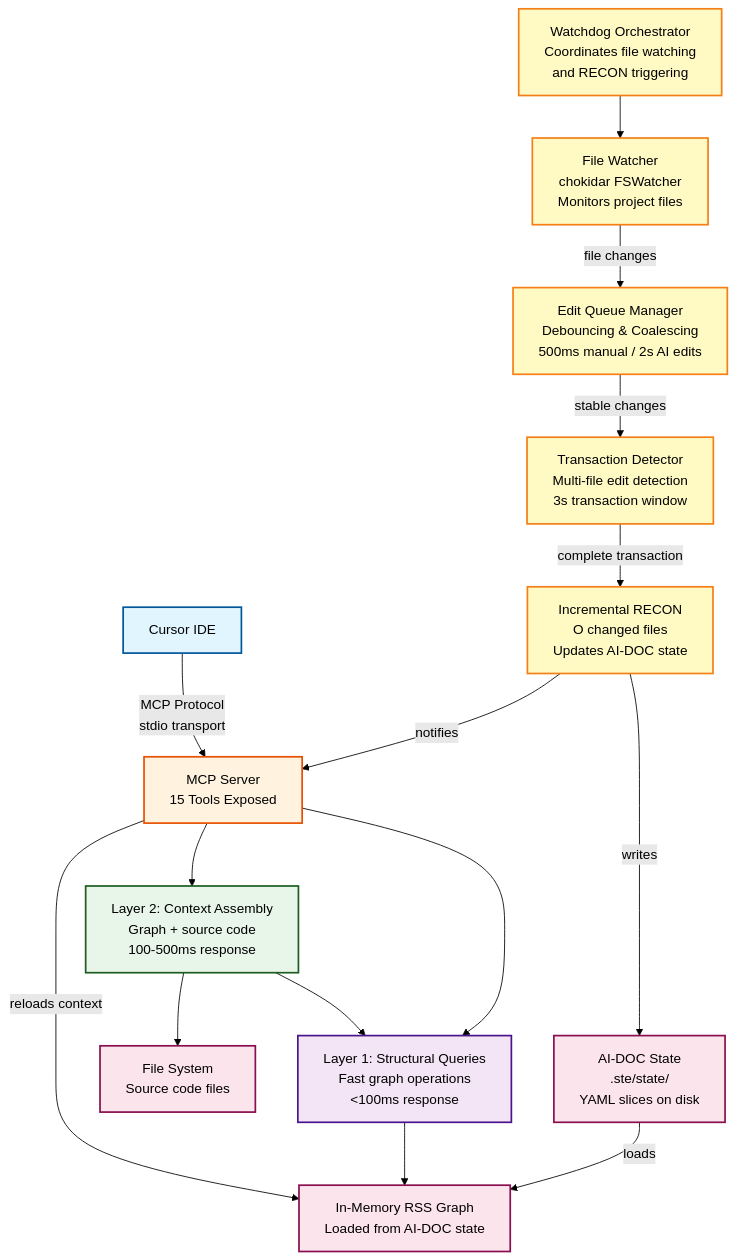
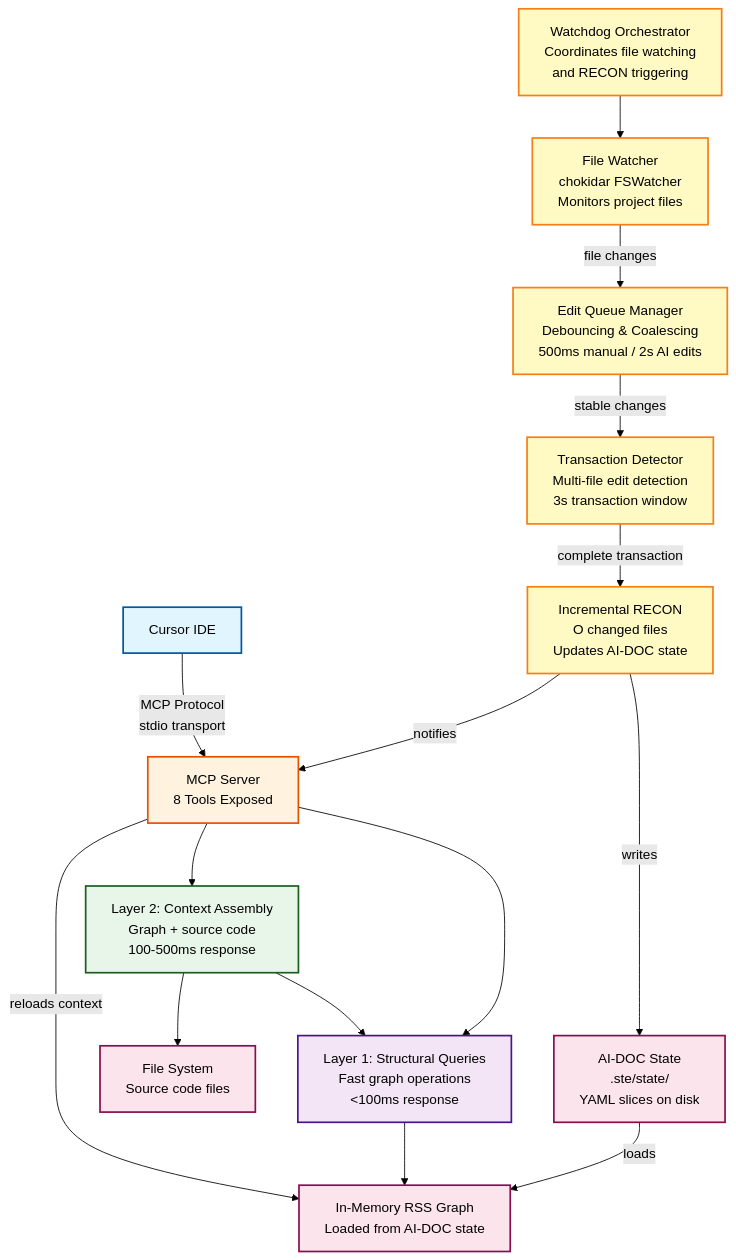
The diagram in documentation/diagrams/ste-runtime-architecture.mmd (egallmann/ste-runtime), drawn with Mermaid (forest theme) before and after one commit. The commit also changed 10 other files, not shown here.

Commit message:
Update documentation for current MCP tools

```diff
--- a/documentation/diagrams/ste-runtime-architecture.mmd
+++ b/documentation/diagrams/ste-runtime-architecture.mmd
@@ -1,37 +1,37 @@
 flowchart TB
     %% External Interface
-    Cursor[Cursor IDE] -->|MCP Protocol<br/>stdio transport| MCPServer[MCP Server<br/>15 Tools Exposed]
+    Cursor[Cursor IDE] -->|MCP Protocol<br/>stdio transport| MCPServer[MCP Server<br/>8 Tools Exposed]
     
     %% MCP Server Layer 1: Structural Queries
     MCPServer --> Layer1[Layer 1: Structural Queries<br/>Fast graph operations<br/>&lt;100ms response]
     Layer1 --> RSSGraph[In-Memory RSS Graph<br/>Loaded from AI-DOC state]
     
     %% MCP Server Layer 2: Context Assembly
     MCPServer --> Layer2[Layer 2: Context Assembly<br/>Graph + source code<br/>100-500ms response]
     Layer2 --> Layer1
     Layer2 --> FileSystem[File System<br/>Source code files]
     
     %% File Watching & RECON Pipeline
     Watchdog[Watchdog Orchestrator<br/>Coordinates file watching<br/>and RECON triggering] --> FileWatcher[File Watcher<br/>chokidar FSWatcher<br/>Monitors project files]
     FileWatcher -->|file changes| EditQueue[Edit Queue Manager<br/>Debouncing &amp; Coalescing<br/>500ms manual / 2s AI edits]
     EditQueue -->|stable changes| TxDetector[Transaction Detector<br/>Multi-file edit detection<br/>3s transaction window]
     TxDetector -->|complete transaction| IncrementalRecon[Incremental RECON<br/>O changed files<br/>Updates AI-DOC state]
     IncrementalRecon -->|writes| AIDocState[AI-DOC State<br/>.ste/state/<br/>YAML slices on disk]
     AIDocState -->|loads| RSSGraph
     IncrementalRecon -->|notifies| MCPServer
     MCPServer -->|reloads context| RSSGraph
     
     %% Styling
     classDef external fill:#e1f5ff,stroke:#01579b,stroke-width:2px
     classDef mcp fill:#fff3e0,stroke:#e65100,stroke-width:2px
     classDef layer1 fill:#f3e5f5,stroke:#4a148c,stroke-width:2px
     classDef layer2 fill:#e8f5e9,stroke:#1b5e20,stroke-width:2px
     classDef watchdog fill:#fff9c4,stroke:#f57f17,stroke-width:2px
     classDef storage fill:#fce4ec,stroke:#880e4f,stroke-width:2px
     
     class Cursor external
     class MCPServer mcp
     class Layer1 layer1
     class Layer2 layer2
     class Watchdog,FileWatcher,EditQueue,TxDetector,IncrementalRecon watchdog
     class RSSGraph,AIDocState,FileSystem storage
```
